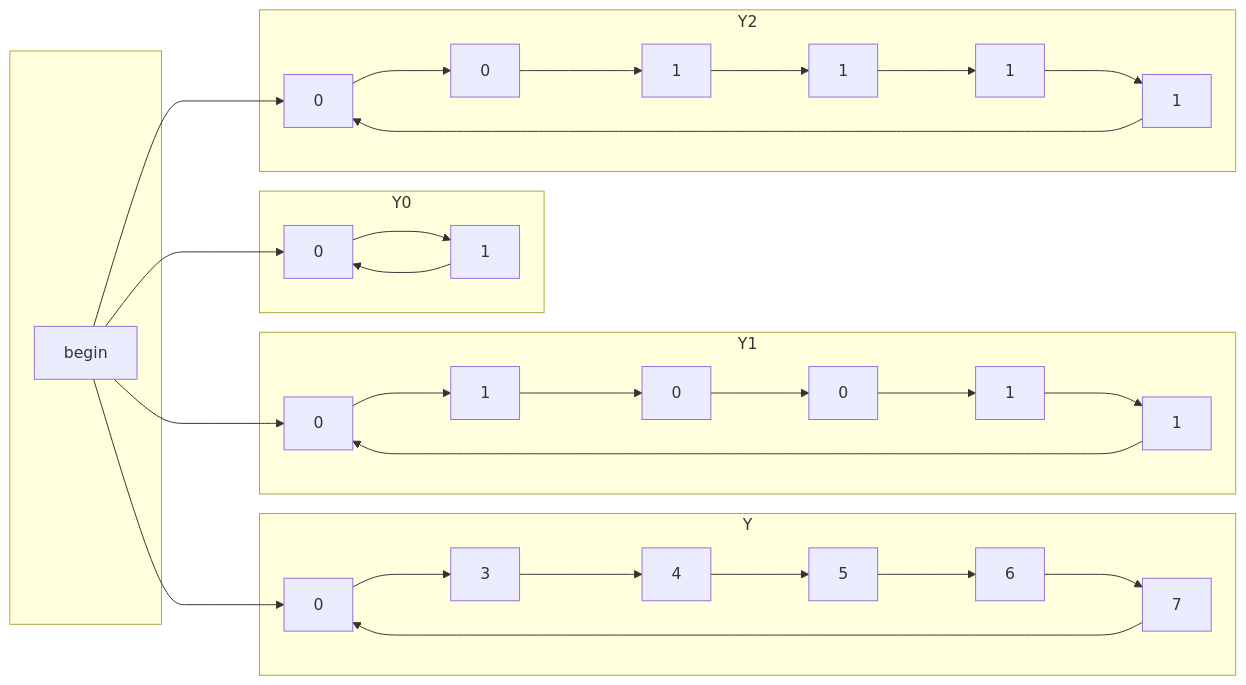
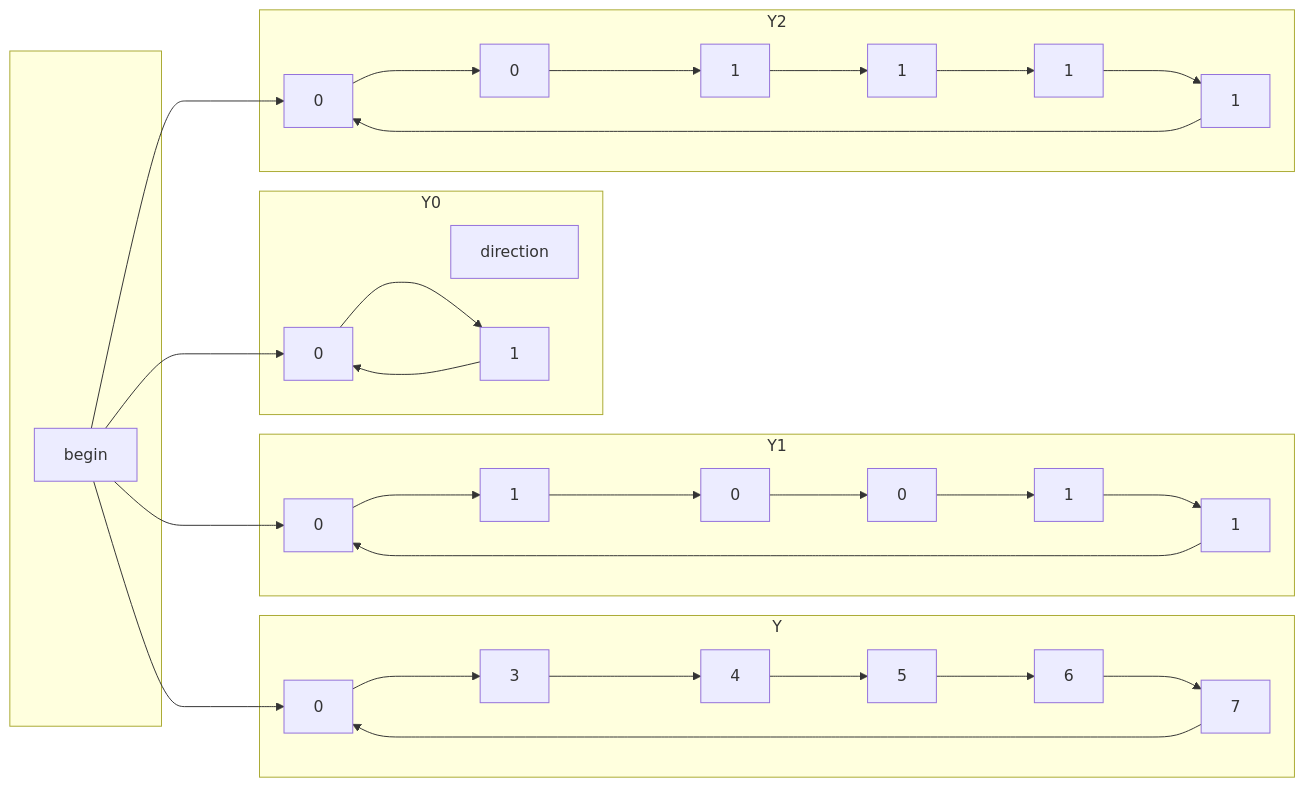
Before and after one commit to tnichols217/notes: the fourth of 5 diagrams in CSDS 281 - Logic Design/HW/8/Tables.md, drawn with Mermaid.

Commit message:
vault backup: 2024-04-03 23:46:54

````diff
--- a/CSDS 281 - Logic Design/HW/8/Tables.md
+++ b/CSDS 281 - Logic Design/HW/8/Tables.md
@@ -113,38 +113,39 @@
 ```mermaid
 flowchart LR
 subgraph " "
 	begin
 end
 subgraph Y
 	begin ---> 0
 	0 ---> 3
 	3 ---> 4
 	4 ---> 5
 	5 ---> 6
 	6 ---> 7
 	7 ---> 0
 end
 subgraph Y0
+	direction
 	begin ---> 00[0]
 	00 ---> 01[1]
 	01 ---> 00
 end
 subgraph Y1
 	begin ---> 101[0]
 	101 ---> 111[1]
 	111 ---> 102[0]
 	102 ---> 103[0]
 	103 ---> 112[1]
 	112 ---> 113[1]
 	113 ---> 101
 end
 subgraph Y2
 	begin ---> 201[0]
 	201 ---> 202[0]
 	202 ---> 211[1]
 	211 ---> 212[1]
 	212 ---> 213[1]
 	213 ---> 214[1]
 	214 ---> 201
 end
 ```
````
